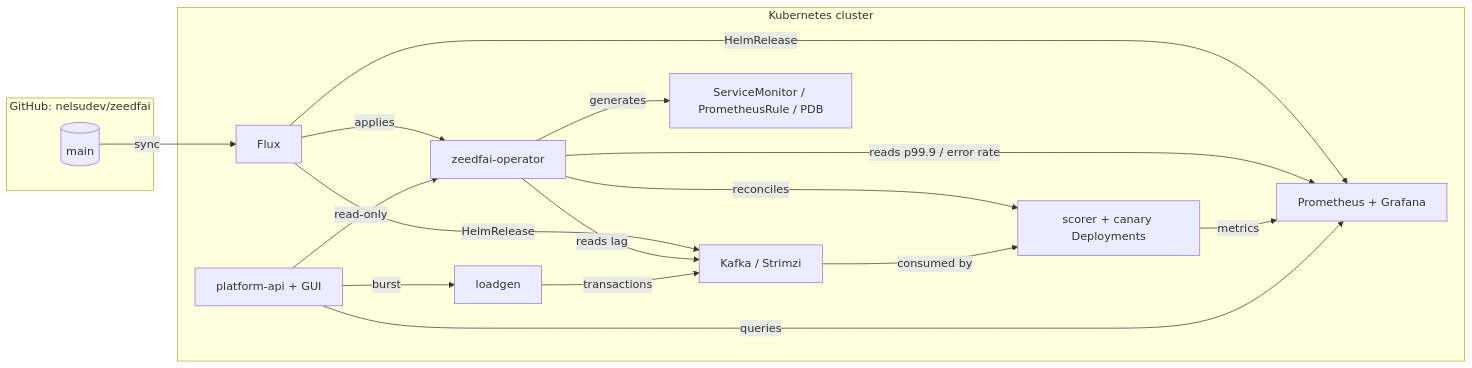
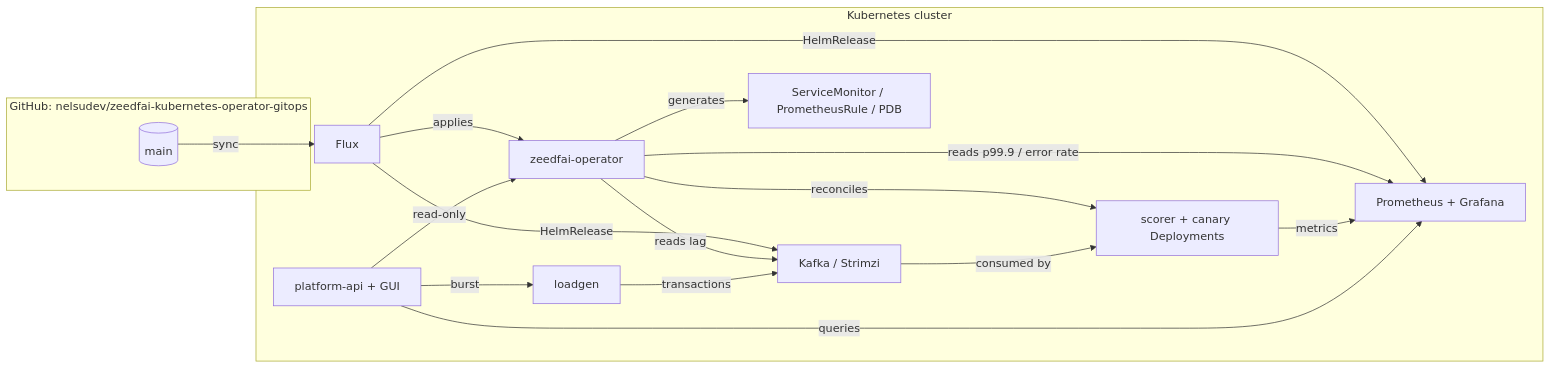
Before and after one commit to nelsudev/zeedfai: the diagram in README.md, drawn with Mermaid. The commit also changed other lines of this file and 4 other files, not shown here.

First line of the commit message:
chore: rename repo to zeedfai-kubernetes-operator-gitops

````diff
--- a/README.md
+++ b/README.md
@@ -57,22 +57,22 @@
 ```mermaid
 flowchart LR
-  subgraph git [GitHub: nelsudev/zeedfai]
+  subgraph git [GitHub: nelsudev/zeedfai-kubernetes-operator-gitops]
     G[(main)]
   end
   subgraph cluster [Kubernetes cluster]
     F[Flux] -->|applies| OP[zeedfai-operator]
     F -->|HelmRelease| K[Kafka / Strimzi]
     F -->|HelmRelease| P[Prometheus + Grafana]
     OP -->|reconciles| D[scorer + canary Deployments]
     OP -->|generates| SM[ServiceMonitor / PrometheusRule / PDB]
     OP -->|reads lag| K
     OP -->|reads p99.9 / error rate| P
     LG[loadgen] -->|transactions| K
     K -->|consumed by| D
     D -->|metrics| P
     API[platform-api + GUI] -->|read-only| OP
     API -->|queries| P
     API -->|burst| LG
   end
   G -->|sync| F
 ```
````
